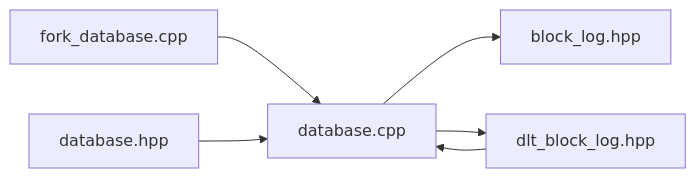
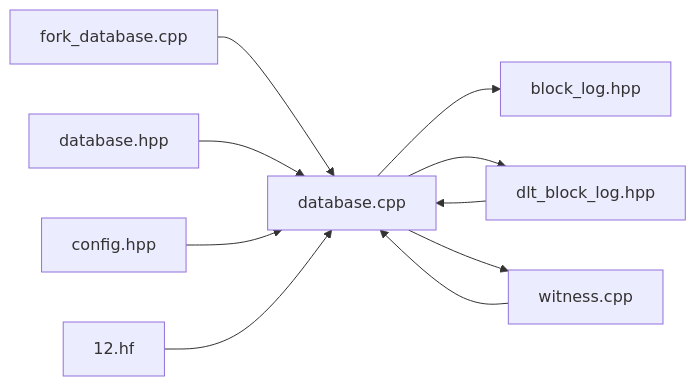
Diagram 12 of 12 in .qoder/repowiki/en/content/Architecture Overview/Core Libraries/Chain Library/Fork Resolution and Consensus.md (VIZ-Blockchain/viz-cpp-node), drawn with Mermaid before and after one commit. The commit also changed other lines of this file and 4 other files, not shown here.

````diff
--- a/.qoder/repowiki/en/content/Architecture Overview/Core Libraries/Chain Library/Fork Resolution and Consensus.md
+++ b/.qoder/repowiki/en/content/Architecture Overview/Core Libraries/Chain Library/Fork Resolution and Consensus.md
@@ -447,8 +605,12 @@
 ```mermaid
 graph LR
 FDB["fork_database.cpp"] --> DBCPP["database.cpp"]
 DBCPP --> BLH["block_log.hpp"]
 DBCPP --> DLTH["dlt_block_log.hpp"]
+DBCPP --> WIT["witness.cpp"]
 DBH["database.hpp"] --> DBCPP
 DLTH --> DBCPP
+WIT --> DBCPP
+CONFIG["config.hpp"] --> DBCPP
+HF12["12.hf"] --> DBCPP
 ```
````
